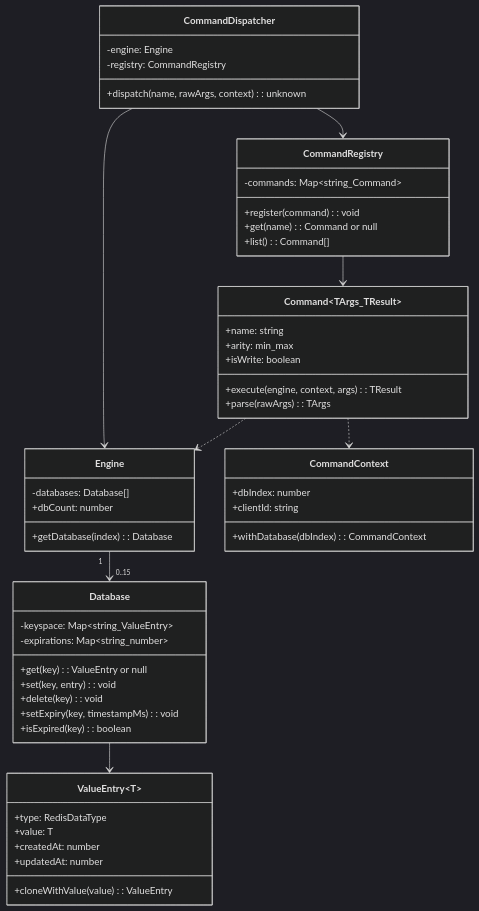
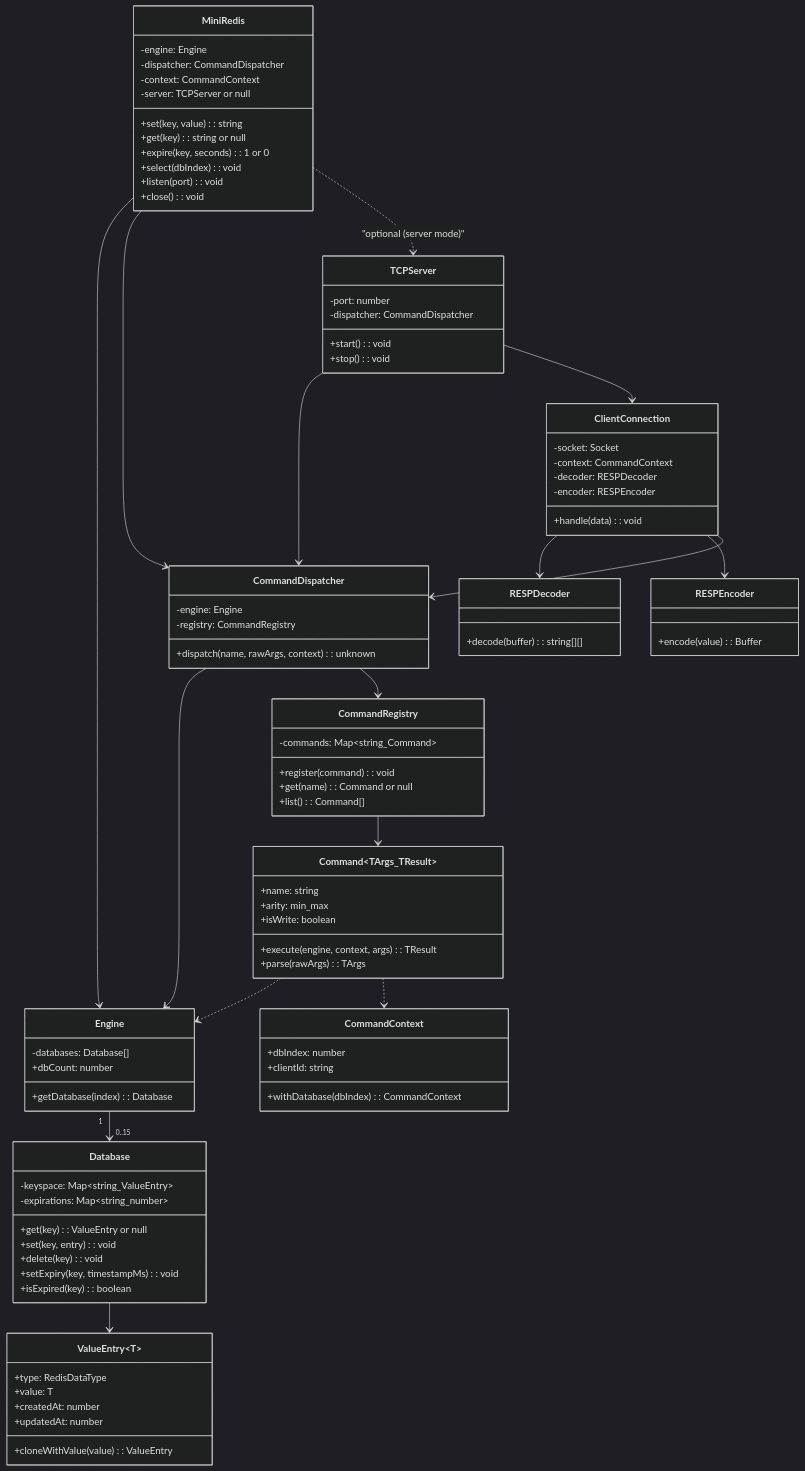
One commit to dev3019/custom-redis changed the first of 9 diagrams in docs/Low-Level.md. Above: the diagram before and after it, drawn with Mermaid (dark theme). The commit also changed other lines of this file and 1 other file, not shown here.

First line of the commit message:
docs: add Phase 2 dual-mode architecture (MiniRedis, RESP, TCP)

````diff
--- a/docs/Low-Level.md
+++ b/docs/Low-Level.md
@@ -5,5 +5,18 @@
 ```mermaid
 classDiagram
+    class MiniRedis {
+        -engine: Engine
+        -dispatcher: CommandDispatcher
+        -context: CommandContext
+        -server: TCPServer or null
+        +set(key, value): string
+        +get(key): string or null
+        +expire(key, seconds): 1 or 0
+        +select(dbIndex): void
+        +listen(port): void
+        +close(): void
+    }
+
     class Engine {
         -databases: Database[]
         +dbCount: number
@@ -55,6 +68,32 @@
         +withDatabase(dbIndex): CommandContext
     }
 
+    class RESPEncoder {
+        +encode(value): Buffer
+    }
+
+    class RESPDecoder {
+        +decode(buffer): string[][]
+    }
+
+    class TCPServer {
+        -port: number
+        -dispatcher: CommandDispatcher
+        +start(): void
+        +stop(): void
+    }
+
+    class ClientConnection {
+        -socket: Socket
+        -context: CommandContext
+        -decoder: RESPDecoder
+        -encoder: RESPEncoder
+        +handle(data): void
+    }
+
+    MiniRedis --> Engine
+    MiniRedis --> CommandDispatcher
+    MiniRedis ..> TCPServer : "optional (server mode)"
     Engine "1" --> "0..15" Database
     Database --> ValueEntry
     CommandDispatcher --> Engine
@@ -62,4 +101,9 @@
     CommandRegistry --> Command
     Command ..> Engine
     Command ..> CommandContext
+    TCPServer --> CommandDispatcher
+    TCPServer --> ClientConnection
+    ClientConnection --> RESPDecoder
+    ClientConnection --> RESPEncoder
+    ClientConnection --> CommandDispatcher
 ```
````
